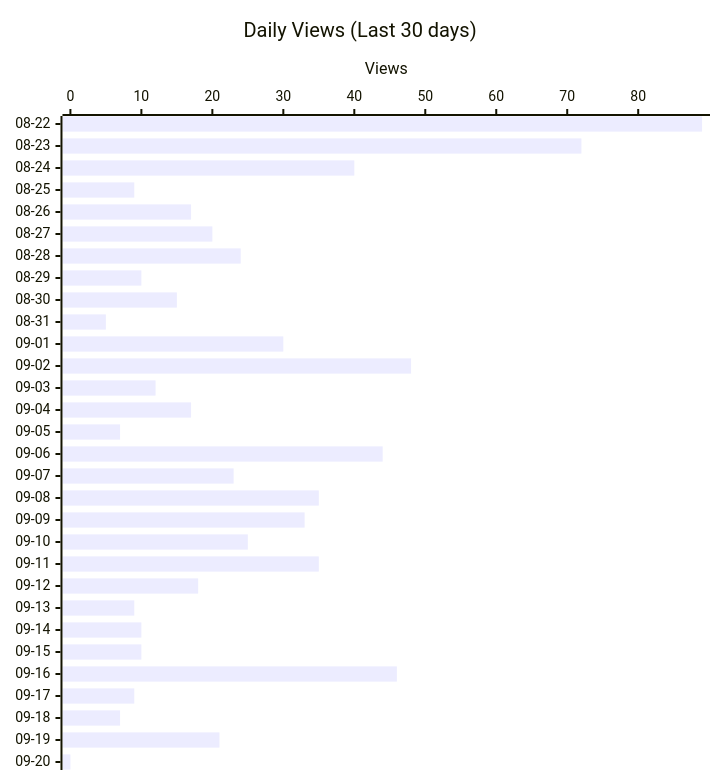
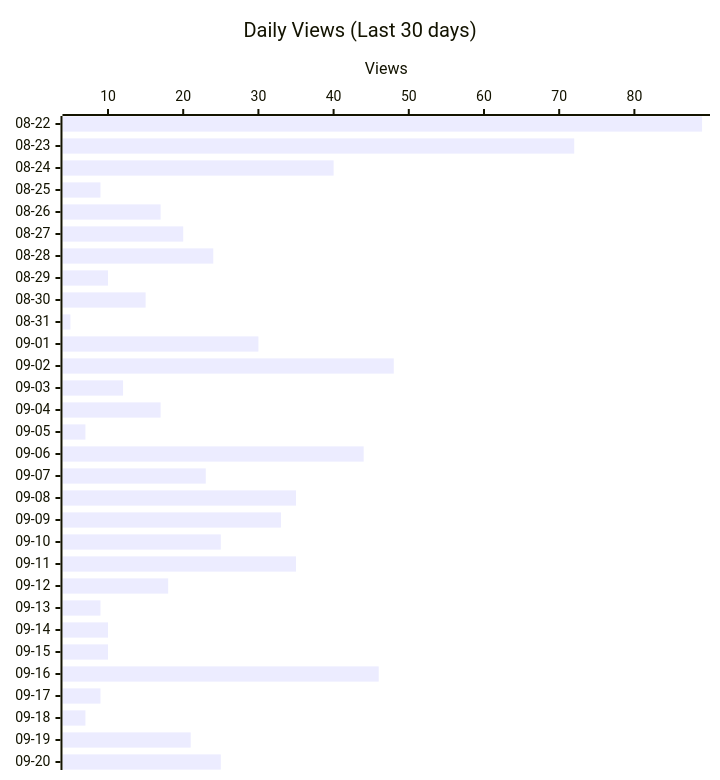
The second of 4 diagrams in README.md (shigechika/github-insights), drawn with Mermaid before and after one commit. The commit also changed other lines of this file and 2 other files, not shown here.

````diff
--- a/README.md
+++ b/README.md
@@ -28,12 +28,12 @@
 ```mermaid
 ---
 config:
   xyChart:
     height: 760
 ---
 xychart-beta horizontal
     title "Daily Views (Last 30 days)"
     x-axis ["08-22", "08-23", "08-24", "08-25", "08-26", "08-27", "08-28", "08-29", "08-30", "08-31", "09-01", "09-02", "09-03", "09-04", "09-05", "09-06", "09-07", "09-08", "09-09", "09-10", "09-11", "09-12", "09-13", "09-14", "09-15", "09-16", "09-17", "09-18", "09-19", "09-20"]
     y-axis "Views"
-    bar [89, 72, 40, 9, 17, 20, 24, 10, 15, 5, 30, 48, 12, 17, 7, 44, 23, 35, 33, 25, 35, 18, 9, 10, 10, 46, 9, 7, 21, 0]
+    bar [89, 72, 40, 9, 17, 20, 24, 10, 15, 5, 30, 48, 12, 17, 7, 44, 23, 35, 33, 25, 35, 18, 9, 10, 10, 46, 9, 7, 21, 25]
 ```
````
